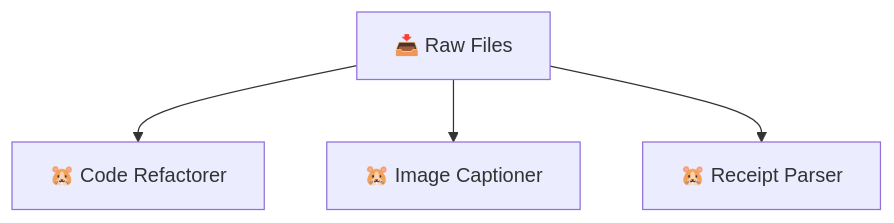
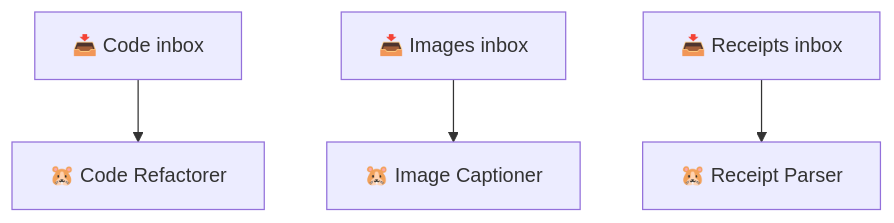
One commit to Miki-AG/hamsters changed the second of 4 diagrams in README.md. Above: the diagram before and after it, drawn with Mermaid. The commit also changed other lines of this file, not shown here.

````diff
--- a/README.md
+++ b/README.md
@@ -94,6 +94,6 @@
 ```mermaid
 flowchart TD
-    Inflow["📥 Raw Files"] --> H1["🐹 Code Refactorer"]
-    Inflow --> H2["🐹 Image Captioner"]
-    Inflow --> H3["🐹 Receipt Parser"]
+    Code["📥 Code inbox"] --> H1["🐹 Code Refactorer"]
+    Images["📥 Images inbox"] --> H2["🐹 Image Captioner"]
+    Receipts["📥 Receipts inbox"] --> H3["🐹 Receipt Parser"]
 ```
````
